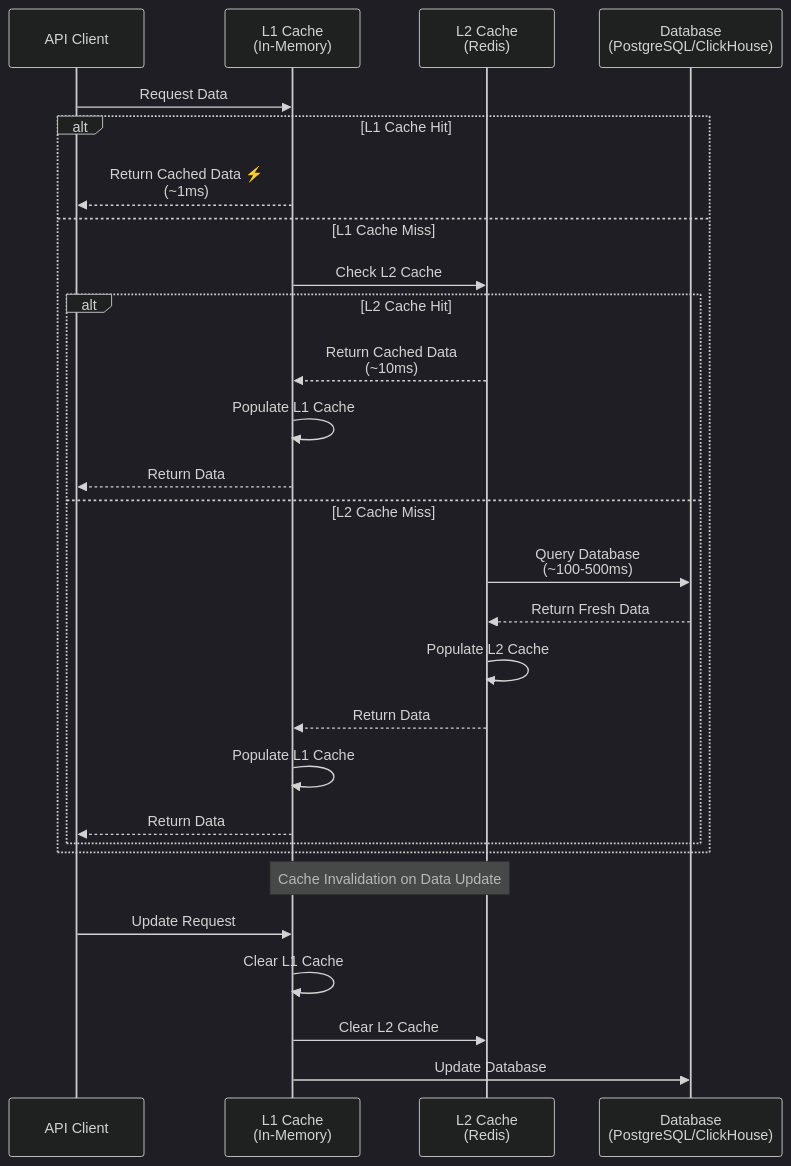
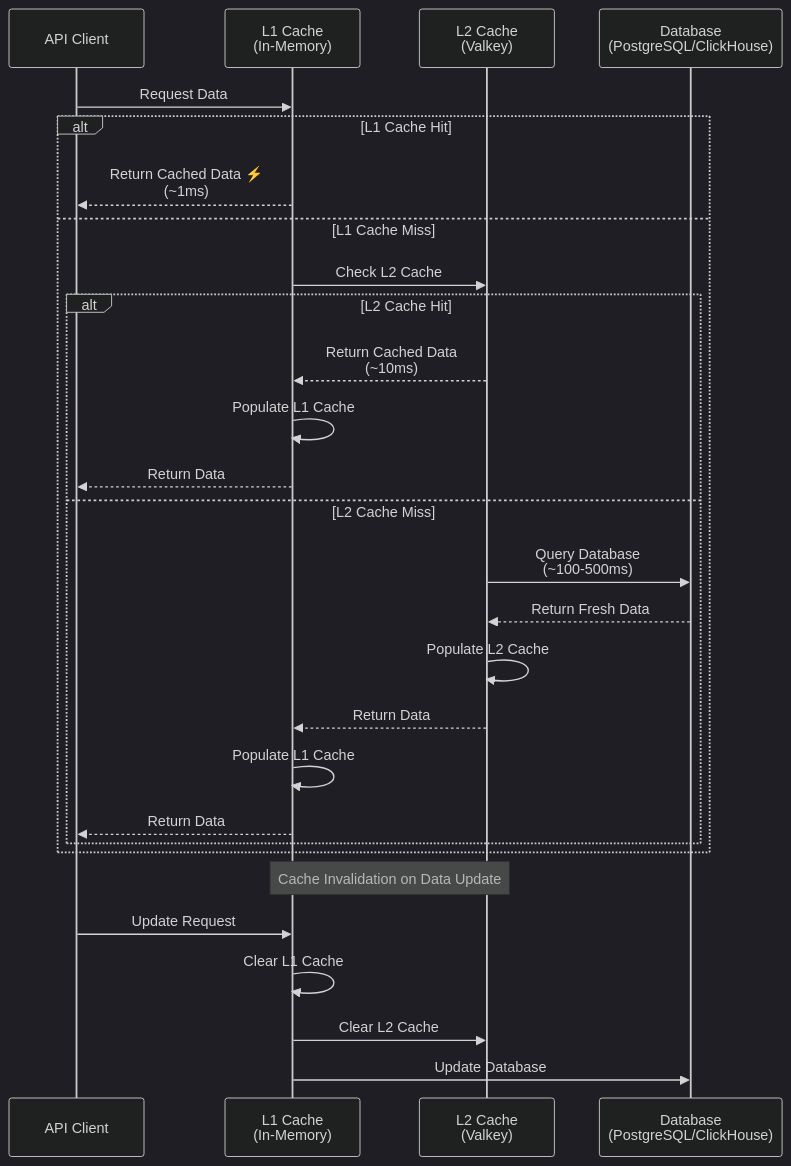
The second of 54 diagrams in architecture/05-PERFORMANCE.md (telemetryflow/telemetryflow-overview), drawn with Mermaid (dark theme) before and after one commit. The commit also changed other lines of this file and 23 other files, not shown here.

First line of the commit message:
docs: relabel Redis->Valkey in architecture/diagrams/prose (follow-up sweep)

````diff
--- a/architecture/05-PERFORMANCE.md
+++ b/architecture/05-PERFORMANCE.md
@@ -99,34 +99,34 @@
 ```mermaid
 sequenceDiagram
     participant Client as API Client
     participant L1 as L1 Cache<br/>(In-Memory)
-    participant L2 as L2 Cache<br/>(Redis)
+    participant L2 as L2 Cache<br/>(Valkey)
     participant DB as Database<br/>(PostgreSQL/ClickHouse)
 
     Client->>L1: Request Data
 
     alt L1 Cache Hit
         L1-->>Client: Return Cached Data ⚡<br/>(~1ms)
     else L1 Cache Miss
         L1->>L2: Check L2 Cache
 
         alt L2 Cache Hit
             L2-->>L1: Return Cached Data<br/>(~10ms)
             L1->>L1: Populate L1 Cache
             L1-->>Client: Return Data
         else L2 Cache Miss
             L2->>DB: Query Database<br/>(~100-500ms)
             DB-->>L2: Return Fresh Data
             L2->>L2: Populate L2 Cache
             L2-->>L1: Return Data
             L1->>L1: Populate L1 Cache
             L1-->>Client: Return Data
         end
     end
 
     Note over L1,L2: Cache Invalidation on Data Update
     Client->>L1: Update Request
     L1->>L1: Clear L1 Cache
     L1->>L2: Clear L2 Cache
     L1->>DB: Update Database
 ```
````
